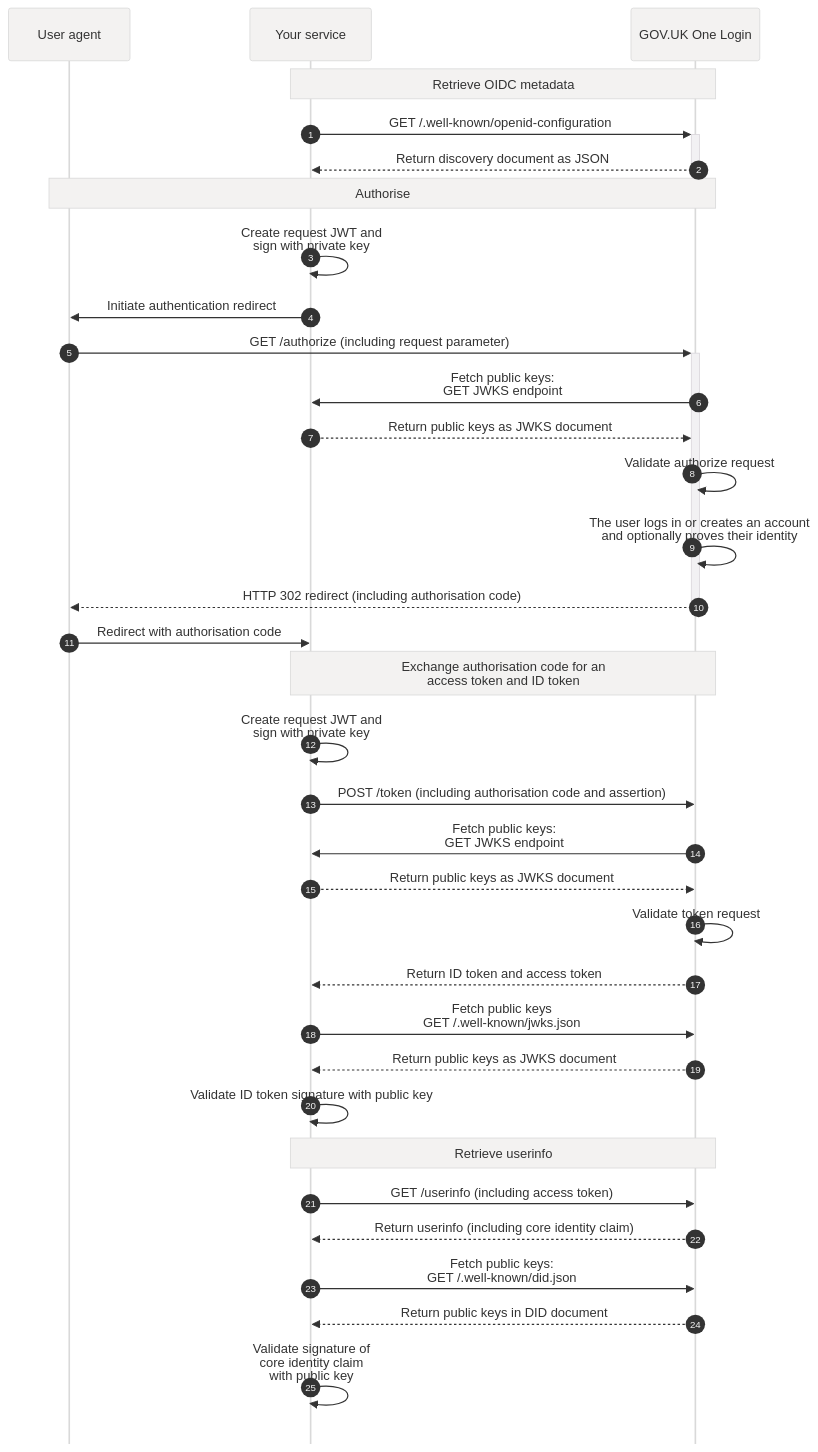
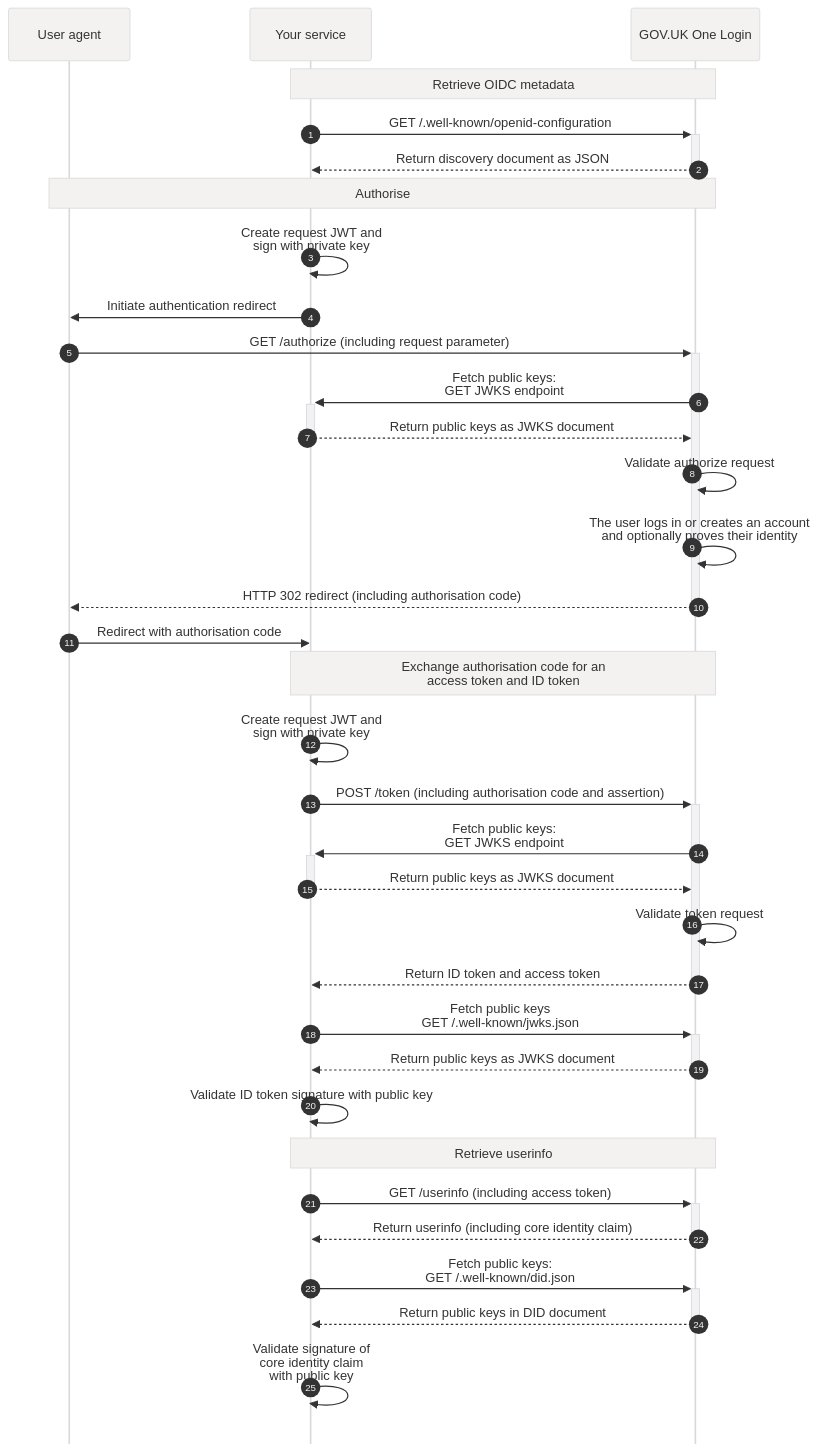
One commit to govuk-one-login/tech-docs changed the diagram in source/images/originals/technical-flow-diagram-extended.mmd. Above: the diagram before and after it, drawn with Mermaid. The commit also changed 1 other file, not shown here.

```diff
--- a/source/images/originals/technical-flow-diagram-extended.mmd
+++ b/source/images/originals/technical-flow-diagram-extended.mmd
@@ -1,43 +1,47 @@
 ---
 config:
   mirrorActors: false
   theme: base
   themeVariables:
     primaryColor: "#f3f2f1"
     fontSize: 24px 
     noteBkgColor: "#f3f2f1"  
 ---
 ﻿﻿sequenceDiagram
   autonumber
   participant UA as User agent
   participant S as Your service
   participant OL as GOV.UK One Login
+
   Note over S,OL: Retrieve OIDC metadata
   S->>+OL: GET /.well-known/openid-configuration
   OL-->>-S: Return discovery document as JSON 
+
   Note over UA,OL: Authorise
   S->>S: Create request JWT and <br/>sign with private key
   S->>UA: Initiate authentication redirect
   UA->>+OL: GET /authorize (including request parameter)
-  OL->>S: Fetch public keys:<br/>GET JWKS endpoint
-  S-->>OL: Return public keys as JWKS document
+  OL->>+S: Fetch public keys:<br/>GET JWKS endpoint
+  S-->>-OL: Return public keys as JWKS document
   OL->>OL: Validate authorize request
   OL->>OL: The user logs in or creates an account<br/>and optionally proves their identity
   OL-->>-UA: HTTP 302 redirect (including authorisation code)
   UA->>S: Redirect with authorisation code
+  
   Note over S,OL: Exchange authorisation code for an <br/>access token and ID token
   S->>S: Create request JWT and <br/>sign with private key
-  S->>OL: POST /token (including authorisation code and assertion)
-  OL->>S: Fetch public keys:<br/>GET JWKS endpoint
-  S-->>OL: Return public keys as JWKS document
+  S->>+OL: POST /token (including authorisation code and assertion)
+  OL->>+S: Fetch public keys:<br/>GET JWKS endpoint
+  S-->>-OL: Return public keys as JWKS document
   OL->>OL: Validate token request
-  OL-->>S: Return ID token and access token
-  S->>OL: Fetch public keys<br/>GET /.well-known/jwks.json
-  OL-->>S: Return public keys as JWKS document 
+  OL-->>-S: Return ID token and access token
+  S->>+OL: Fetch public keys<br/>GET /.well-known/jwks.json
+  OL-->>-S: Return public keys as JWKS document 
   S->>S: Validate ID token signature with public key
+  
   Note over S,OL: Retrieve userinfo 
-  S->>OL: GET /userinfo (including access token)
-  OL-->>S: Return userinfo (including core identity claim)
-  S->>OL: Fetch public keys:<br/>GET /.well-known/did.json
-  OL-->>S: Return public keys in DID document
+  S->>+OL: GET /userinfo (including access token)
+  OL-->>-S: Return userinfo (including core identity claim)
+  S->>+OL: Fetch public keys:<br/>GET /.well-known/did.json
+  OL-->>-S: Return public keys in DID document
   S->>S: Validate signature of<br/>core identity claim<br/>with public key 
```
